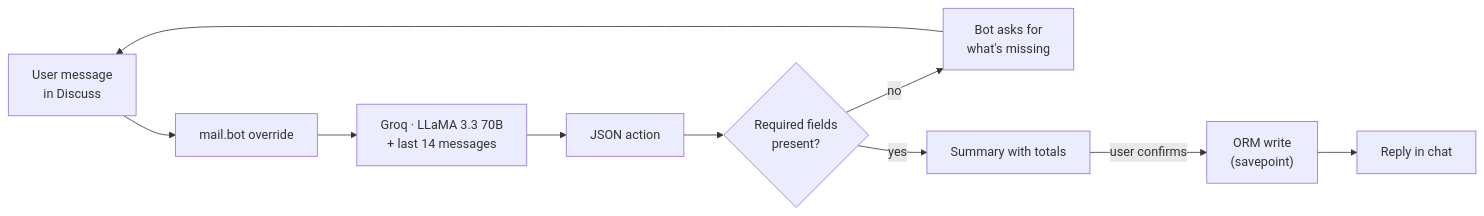
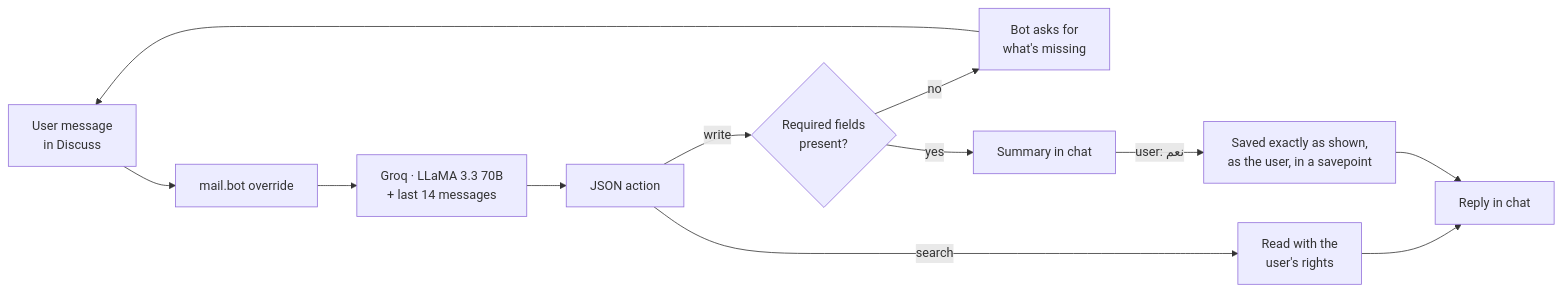
Before and after one commit to Marwankhater/AI_bot_for_odoo16: the diagram in README.md, drawn with Mermaid. The commit also changed other lines of this file and 2 other files, not shown here.

````diff
--- a/README.md
+++ b/README.md
@@ -32,12 +32,12 @@
 ```mermaid
 flowchart LR
     A["User message<br/>in Discuss"] --> B["mail.bot override"]
     B --> C["Groq · LLaMA 3.3 70B<br/>+ last 14 messages"]
     C --> D["JSON action"]
-    D --> E{"Required fields<br/>present?"}
-    E -- no --> F["Bot asks for<br/>what's missing"]
-    F --> A
-    E -- yes --> G["Summary with totals"]
-    G -- user confirms --> H["ORM write<br/>(savepoint)"]
+    D -- search --> S["Read with the<br/>user's rights"] --> I
+    D -- write --> E{"Required fields<br/>present?"}
+    E -- no --> F["Bot asks for<br/>what's missing"] --> A
+    E -- yes --> G["Summary in chat"]
+    G -- "user: نعم" --> H["Saved exactly as shown,<br/>as the user, in a savepoint"]
     H --> I["Reply in chat"]
 ```
````
